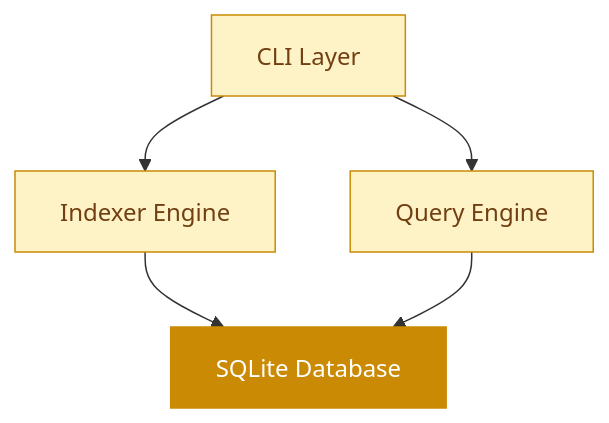
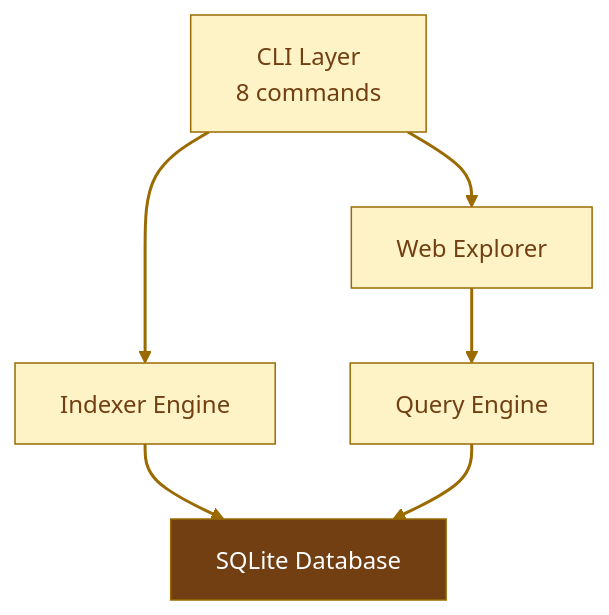
Before and after one commit to adewale/slide-maker: the first of 2 diagrams in decks/olsen/slides.md, drawn with Mermaid. The commit also changed other lines of this file and 21 other files, not shown here.

````diff
--- a/decks/olsen/slides.md
+++ b/decks/olsen/slides.md
@@ -51,11 +51,14 @@
 ```mermaid {theme: 'neutral', scale: 0.8}
 graph TD
-  CLI["CLI Layer"] --> IDX["Indexer Engine"]
-  CLI --> QE["Query Engine"]
+  CLI["CLI Layer\n8 commands"] --> IDX["Indexer Engine"]
+  CLI --> EXP["Web Explorer"]
+  EXP --> QE["Query Engine"]
   IDX --> DB["SQLite Database"]
   QE --> DB
-  style CLI fill:#fef3c7,stroke:#ca8a04,color:#713f12
-  style IDX fill:#fef3c7,stroke:#ca8a04,color:#713f12
-  style QE fill:#fef3c7,stroke:#ca8a04,color:#713f12
-  style DB fill:#ca8a04,stroke:#ca8a04,color:#fff
+  style CLI fill:#fef3c7,stroke:#9a6b03,color:#713f12
+  style IDX fill:#fef3c7,stroke:#9a6b03,color:#713f12
+  style EXP fill:#fef3c7,stroke:#9a6b03,color:#713f12
+  style QE fill:#fef3c7,stroke:#9a6b03,color:#713f12
+  style DB fill:#713f12,stroke:#9a6b03,color:#fff
+  linkStyle default stroke:#9a6b03,stroke-width:2px
 ```
````
